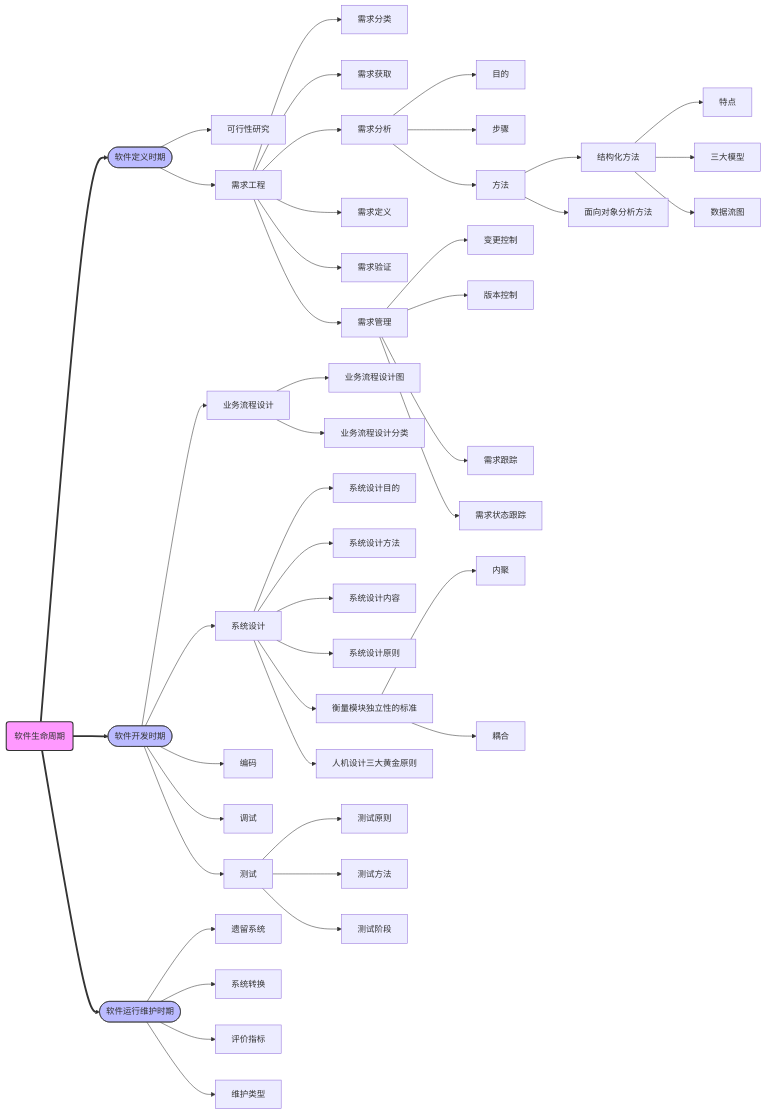
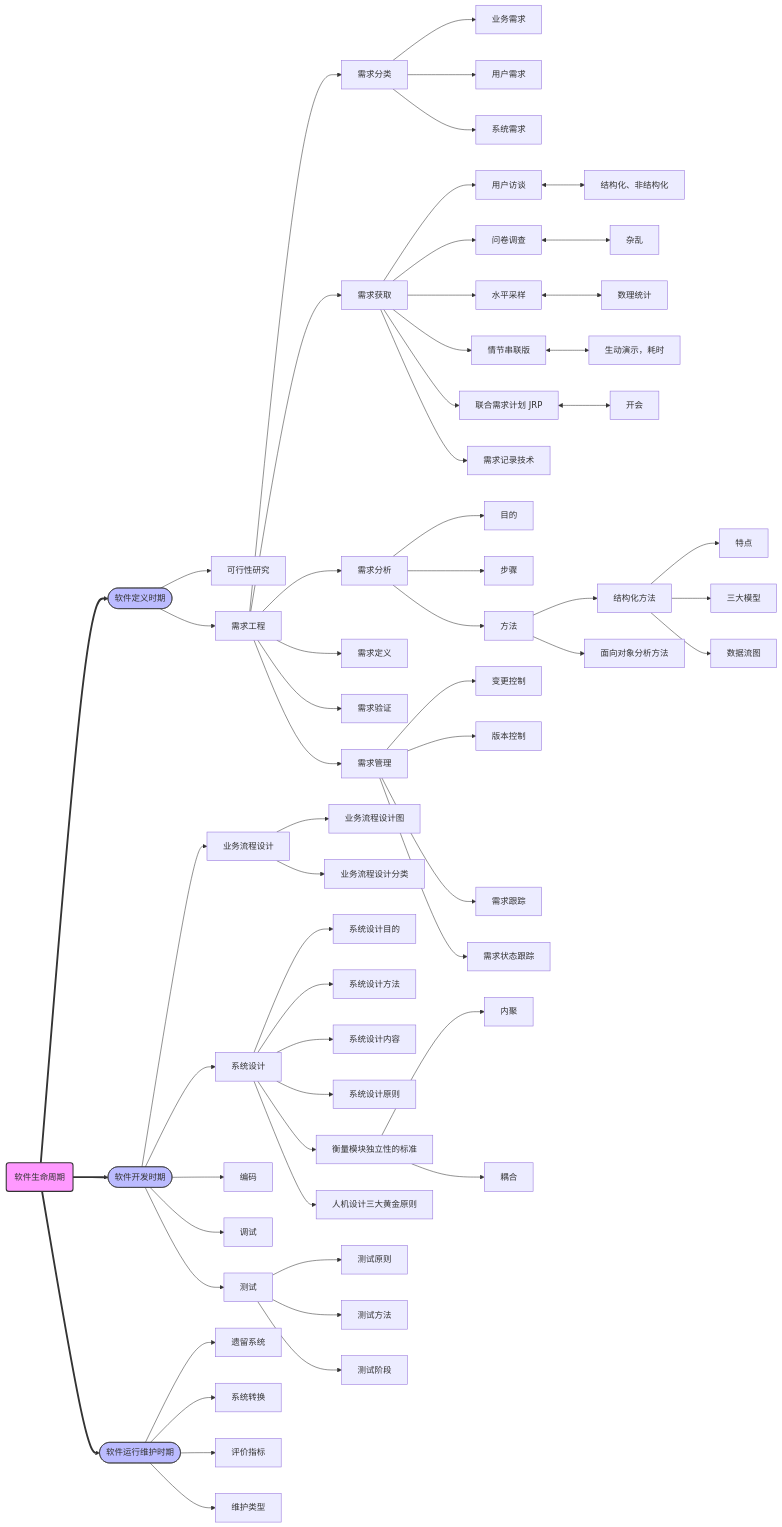
The third of 5 diagrams in Documentation/ruankao/software-engineering.rst (Rtoax/test-linux), drawn with Mermaid before and after one commit. The commit also changed 1 other file, not shown here.

Commit message:
Doc: ruankao: update software-engineering.rst
Vers: Ubuntu 25.10, Linux 6.17.0-19-generic, LaTeXmk 4.87, Sphinx 8.2.3, Python 3.13.7

```diff
--- a/Documentation/ruankao/software-engineering.rst
+++ b/Documentation/ruankao/software-engineering.rst
@@ -155,66 +155,77 @@
 .. mermaid::
    :caption: 软件生命周期
 
     flowchart LR
         lifecycle(软件生命周期) ==> define([软件定义时期])
         lifecycle ==> devel([软件开发时期])
         lifecycle ==> run([软件运行维护时期])
 
         define --> define1[可行性研究]
-        define --> define2[需求工程]
+        define --> ReqsEngineering[需求工程]
 
-        define2 --> define21[需求分类]
-        define2 --> define22[需求获取]
-        define2 --> define23[需求分析]
-        define2 --> define24[需求定义]
-        define2 --> define25[需求验证]
-        define2 --> define26[需求管理]
+        ReqsEngineering --> ReqsClassification[需求分类]
+        ReqsEngineering --> ReqsGathering[需求获取]
+        ReqsEngineering --> ReqsEngineering3[需求分析]
+        ReqsEngineering --> ReqsEngineering4[需求定义]
+        ReqsEngineering --> ReqsEngineering5[需求验证]
+        ReqsEngineering --> ReqsEngineering6[需求管理]
 
-        define23 --> define231[目的]
-        define23 --> define232[步骤]
-        define23 --> define233[方法]
+        ReqsClassification --> ReqsClassification1[业务需求]
+        ReqsClassification --> ReqsClassification2[用户需求]
+        ReqsClassification --> ReqsClassification3[系统需求]
 
-        define233 --> define2331[结构化方法]
-        define233 --> define2332[面向对象分析方法]
+        ReqsGathering --> ReqsGathering1[用户访谈] <--> ReqsGathering11[结构化、非结构化]
+        ReqsGathering --> ReqsGathering2[问卷调查] <--> ReqsGathering21[杂乱]
+        ReqsGathering --> ReqsGathering3[水平采样] <--> ReqsGathering31[数理统计]
+        ReqsGathering --> ReqsGathering4[情节串联版] <--> ReqsGathering41[生动演示，耗时]
+        ReqsGathering --> ReqsGathering5[联合需求计划 JRP] <--> ReqsGathering51[开会]
+        ReqsGathering --> ReqsGathering6[需求记录技术]
 
-        define2331 --> define23311[特点]
-        define2331 --> define23312[三大模型]
-        define2331 --> define23313[数据流图]
+        ReqsEngineering3 --> ReqsEngineering31[目的]
+        ReqsEngineering3 --> ReqsEngineering32[步骤]
+        ReqsEngineering3 --> ReqsEngineering33[方法]
 
-        define26 --> define261[变更控制]
-        define26 --> define262[版本控制]
-        define26 --> define263[需求跟踪]
-        define26 --> define264[需求状态跟踪]
+        ReqsEngineering33 --> ReqsEngineering331[结构化方法]
+        ReqsEngineering33 --> ReqsEngineering332[面向对象分析方法]
+
+        ReqsEngineering331 --> ReqsEngineering3311[特点]
+        ReqsEngineering331 --> ReqsEngineering3312[三大模型]
+        ReqsEngineering331 --> ReqsEngineering3313[数据流图]
+
+        ReqsEngineering6 --> ReqsEngineering61[变更控制]
+        ReqsEngineering6 --> ReqsEngineering62[版本控制]
+        ReqsEngineering6 --> ReqsEngineering63[需求跟踪]
+        ReqsEngineering6 --> ReqsEngineering64[需求状态跟踪]
 
         devel --> devel1[业务流程设计]
         devel --> devel2[系统设计]
         devel --> devel3[编码]
         devel --> devel4[调试]
         devel --> devel5[测试]
 
         devel1 --> devel11[业务流程设计图]
         devel1 --> devel12[业务流程设计分类]
 
         devel2 --> devel21[系统设计目的]
         devel2 --> devel22[系统设计方法]
         devel2 --> devel23[系统设计内容]
         devel2 --> devel24[系统设计原则]
         devel2 --> devel25[衡量模块独立性的标准]
         devel2 --> devel26[人机设计三大黄金原则]
 
         devel25 --> devel251[内聚]
         devel25 --> devel252[耦合]
 
         devel5 --> devel51[测试原则]
         devel5 --> devel52[测试方法]
         devel5 --> devel53[测试阶段]
 
         run --> run1[遗留系统]
         run --> run2[系统转换]
         run --> run3[评价指标]
         run --> run4[维护类型]
 
         style lifecycle fill:#f9f,stroke:#333,stroke-width:2px
         style define fill:#bbf,stroke:#333
         style devel fill:#bbf,stroke:#333
         style run fill:#bbf,stroke:#333
```
